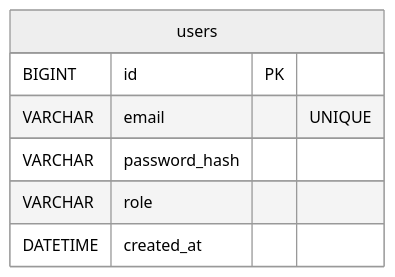
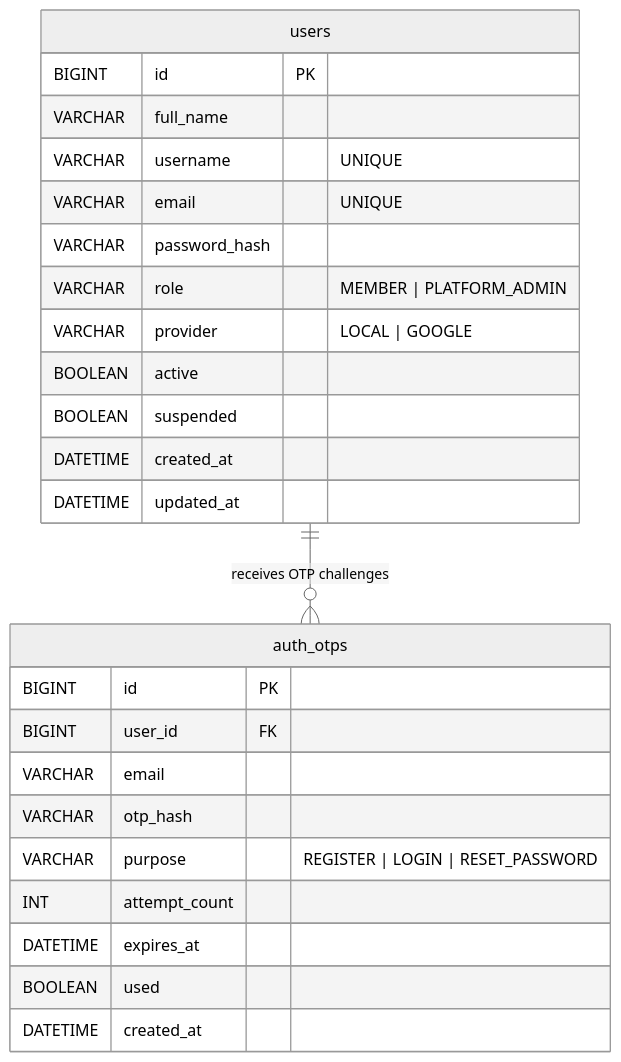
Before and after one commit to Prashant-kumar-sharma/FlowBoard-Backend: the first of 4 diagrams in docs/services/auth-service/diagrams.md, drawn with Mermaid (neutral theme). The commit also changed other lines of this file and 10 other files, not shown here.

Commit message:
[Prashant] : Added Diagrams for all the services

````diff
--- a/docs/services/auth-service/diagrams.md
+++ b/docs/services/auth-service/diagrams.md
@@ -4,10 +4,30 @@
 ```mermaid
 erDiagram
+    users ||--o{ auth_otps : "receives OTP challenges"
+
     users {
         BIGINT id PK
+        VARCHAR full_name
+        VARCHAR username "UNIQUE"
         VARCHAR email "UNIQUE"
         VARCHAR password_hash
-        VARCHAR role
+        VARCHAR role "MEMBER | PLATFORM_ADMIN"
+        VARCHAR provider "LOCAL | GOOGLE"
+        BOOLEAN active
+        BOOLEAN suspended
+        DATETIME created_at
+        DATETIME updated_at
+    }
+
+    auth_otps {
+        BIGINT id PK
+        BIGINT user_id FK
+        VARCHAR email
+        VARCHAR otp_hash
+        VARCHAR purpose "REGISTER | LOGIN | RESET_PASSWORD"
+        INT attempt_count
+        DATETIME expires_at
+        BOOLEAN used
         DATETIME created_at
     }
 ```
````
